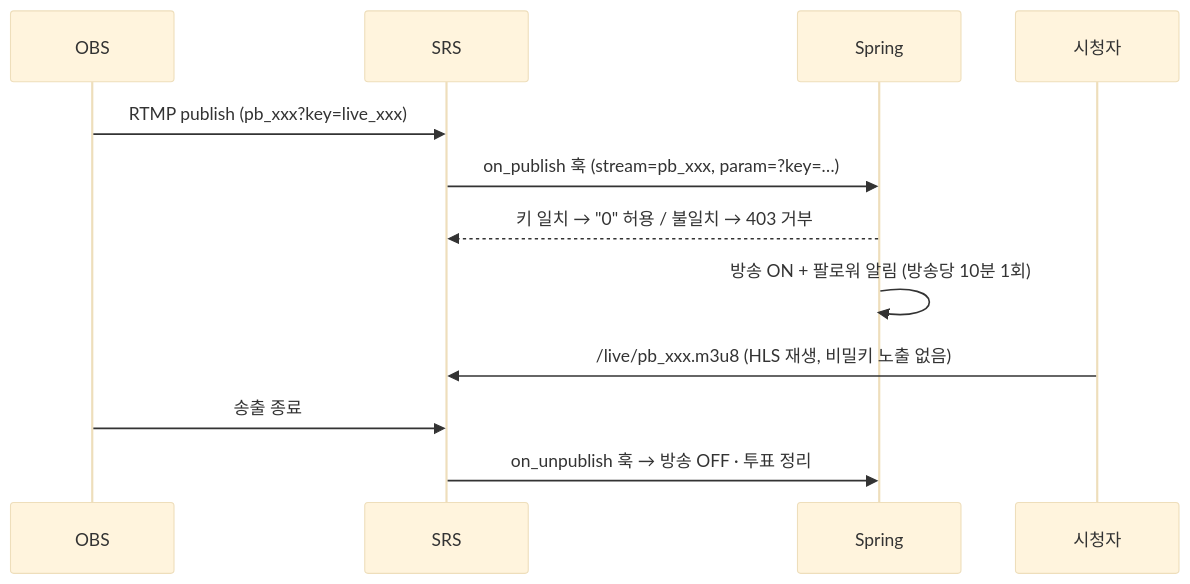
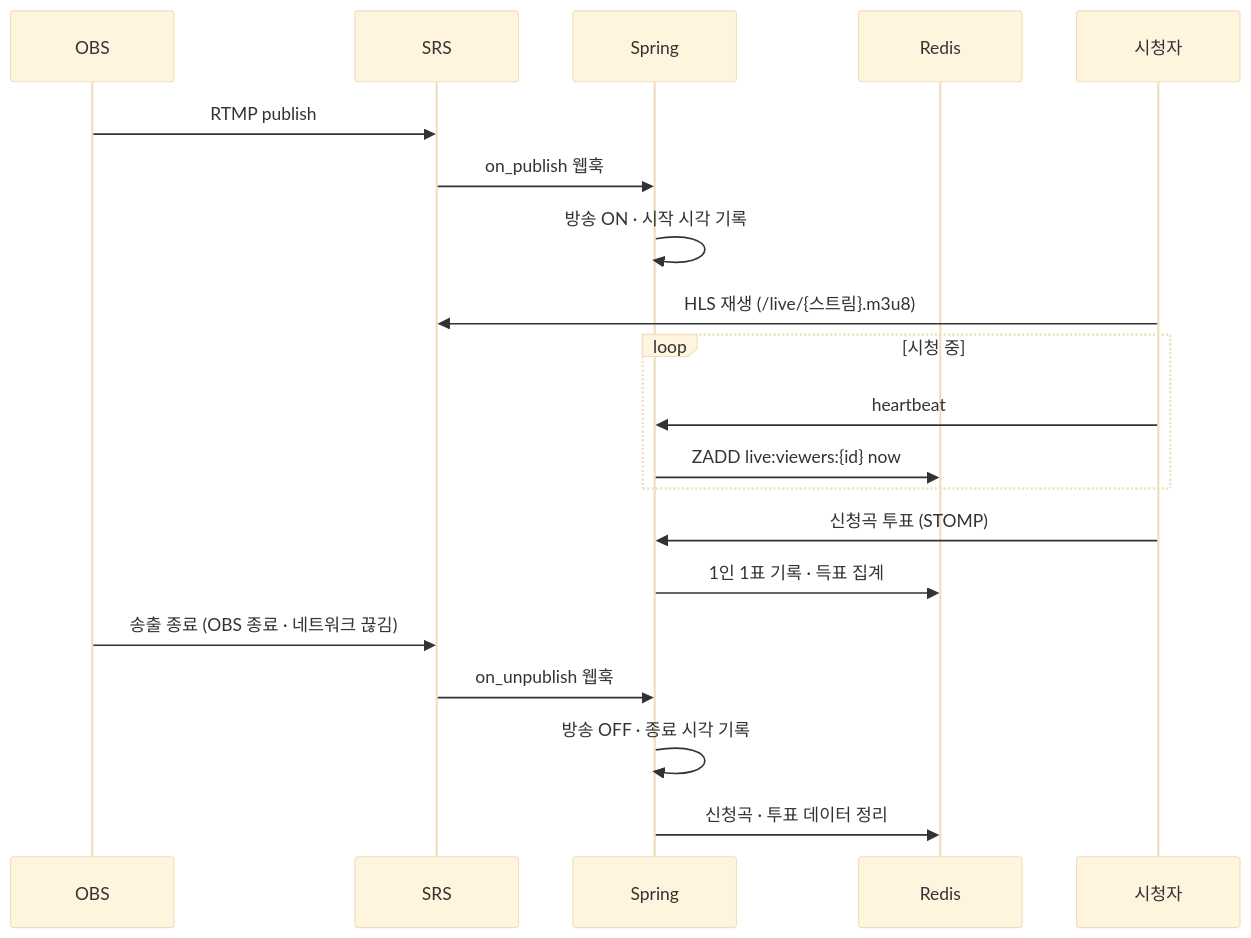
Before and after one commit to JOJOJACK-cmyk/-MUSIC-main2: the second of 2 diagrams in README.md, drawn with Mermaid (base theme). The commit also changed other lines of this file, not shown here.

````diff
--- a/README.md
+++ b/README.md
@@ -271,14 +150,22 @@
 ```mermaid
 sequenceDiagram
     participant O as OBS
     participant S as SRS
     participant A as Spring
+    participant R as Redis
     participant V as 시청자
-    O->>S: RTMP publish (pb_xxx?key=live_xxx)
-    S->>A: on_publish 훅 (stream=pb_xxx, param=?key=…)
-    A-->>S: 키 일치 → "0" 허용 / 불일치 → 403 거부
-    A->>A: 방송 ON + 팔로워 알림 (방송당 10분 1회)
-    V->>S: /live/pb_xxx.m3u8 (HLS 재생, 비밀키 노출 없음)
-    O->>S: 송출 종료
-    S->>A: on_unpublish 훅 → 방송 OFF · 투표 정리
+    O->>S: RTMP publish
+    S->>A: on_publish 웹훅
+    A->>A: 방송 ON · 시작 시각 기록
+    V->>S: HLS 재생 (/live/{스트림}.m3u8)
+    loop 시청 중
+        V->>A: heartbeat
+        A->>R: ZADD live:viewers:{id} now
+    end
+    V->>A: 신청곡 투표 (STOMP)
+    A->>R: 1인 1표 기록 · 득표 집계
+    O->>S: 송출 종료 (OBS 종료 · 네트워크 끊김)
+    S->>A: on_unpublish 웹훅
+    A->>A: 방송 OFF · 종료 시각 기록
+    A->>R: 신청곡 · 투표 데이터 정리
 ```
````
